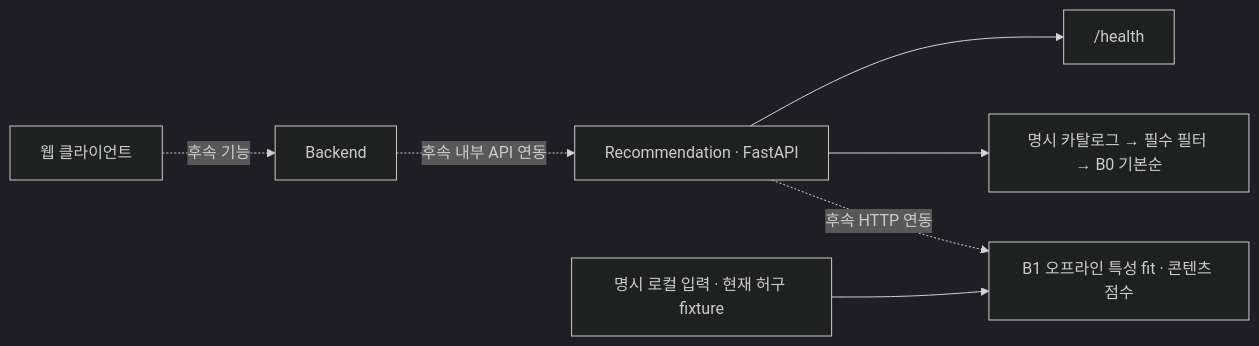
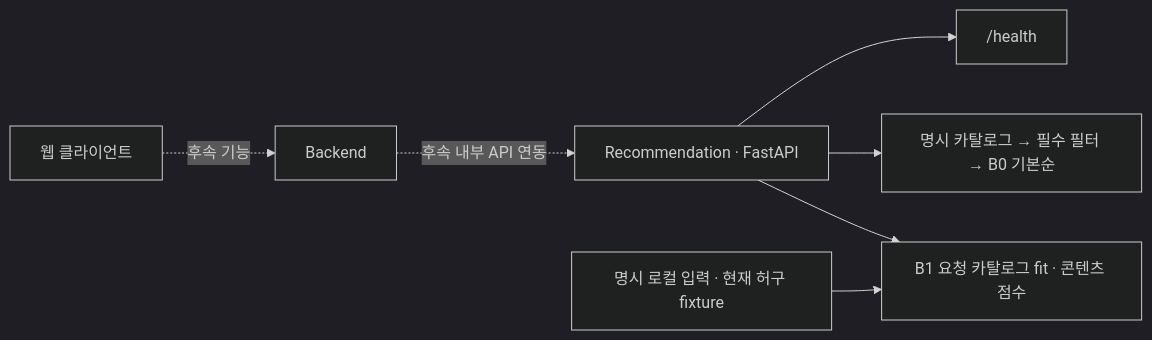
One commit to Pubburi/Recommendation changed the diagram in README.md. Above: the diagram before and after it, drawn with Mermaid (dark theme). The commit also changed other lines of this file and 16 other files, not shown here.

First line of the commit message:
feat: 요청 카탈로그의 콘텐츠 추천 API 추가

```diff
--- a/README.md
+++ b/README.md
@@ -67,9 +68,9 @@
 ~~~mermaid
 flowchart LR
     Web["웹 클라이언트"] -. "후속 기능" .-> Backend["Backend"]
     Backend -. "후속 내부 API 연동" .-> API["Recommendation · FastAPI"]
     API --> Health["/health"]
     API --> Baseline["명시 카탈로그 → 필수 필터 → B0 기본순"]
-    API -. "후속 HTTP 연동" .-> Model["B1 오프라인 특성 fit · 콘텐츠 점수"]
+    API --> Model["B1 요청 카탈로그 fit · 콘텐츠 점수"]
     Fixture["명시 로컬 입력 · 현재 허구 fixture"] --> Model
 ~~~
```
